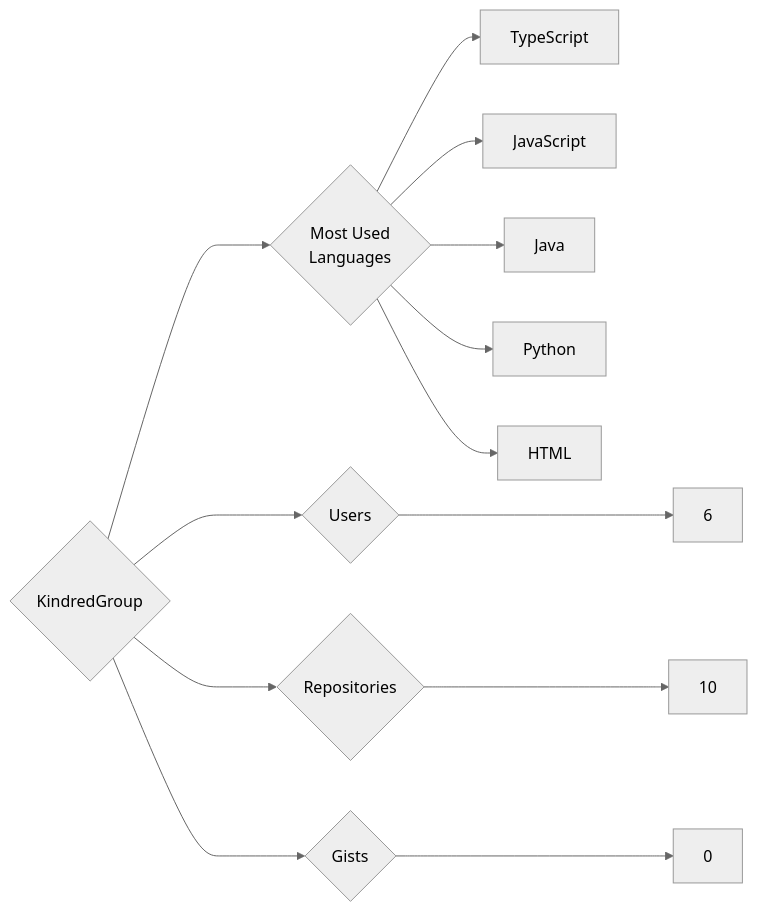
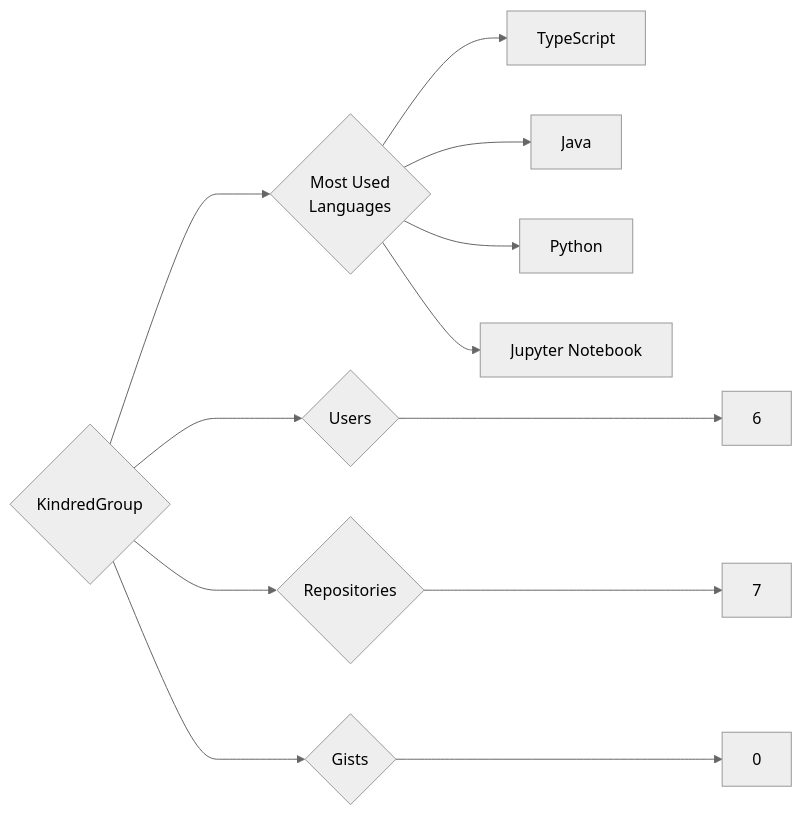
Before and after one commit to trickest/insiders: the diagram in targets/KindredGroup/README.md, drawn with Mermaid (neutral theme). The commit also changed 1238 other files, not shown here.

````diff
--- a/targets/KindredGroup/README.md
+++ b/targets/KindredGroup/README.md
@@ -3,13 +3,12 @@
 ```mermaid
 graph LR
 COMPANY_NAME{KindredGroup}
 COMPANY_NAME ---> U{Users} ---> UN[6]
-COMPANY_NAME ---> R{Repositories} ---> RN[10]
+COMPANY_NAME ---> R{Repositories} ---> RN[7]
 COMPANY_NAME ---> G{Gists} ---> GN[0]
 COMPANY_NAME ---> ML{Most Used<br>Languages}
 ML --> TypeScript[TypeScript]
-ML --> JavaScript[JavaScript]
 ML --> Java[Java]
 ML --> Python[Python]
-ML --> HTML[HTML]
+ML --> Jupyter_Notebook[Jupyter Notebook]
 ```
````
